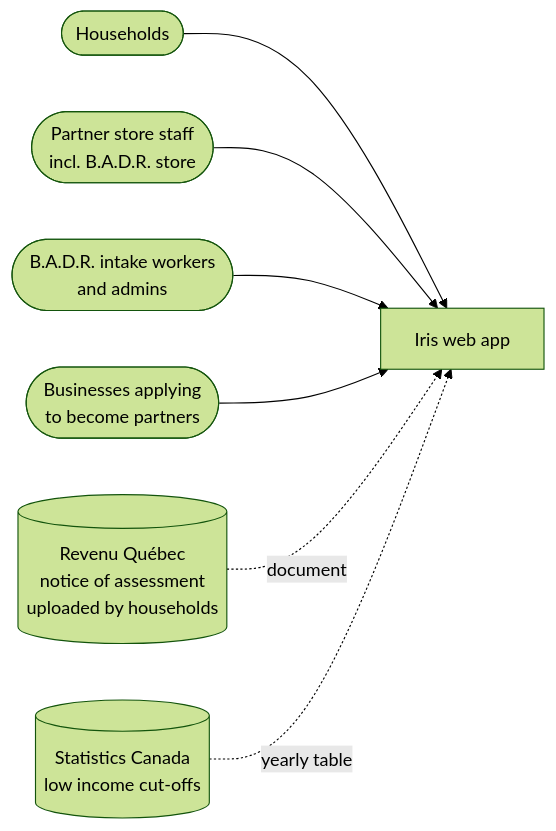
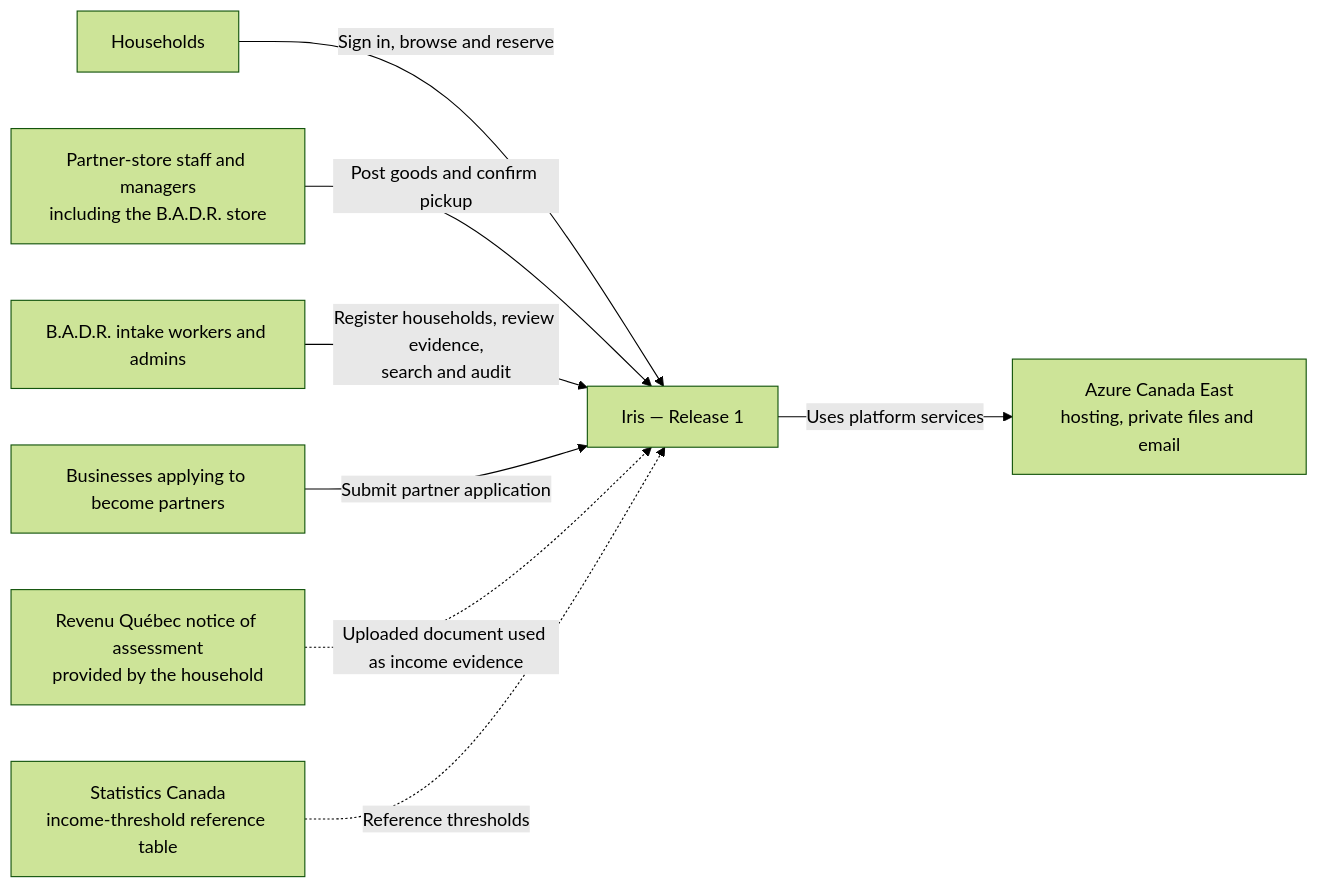
The first of 10 diagrams in docs/04-architecture/architecture.md (B-A-D-R-SL/iris), drawn with Mermaid (forest theme) before and after one commit. The commit also changed other lines of this file and 3 other files, not shown here.

Commit message:
Drafted the architecture document for release 1

````diff
--- a/docs/04-architecture/architecture.md
+++ b/docs/04-architecture/architecture.md
@@ -7,16 +142,19 @@
 ```mermaid
 flowchart LR
-    hh([Households])
-    st([Partner store staff<br/>incl. B.A.D.R. store])
-    sf([B.A.D.R. intake workers<br/>and admins])
-    biz([Businesses applying<br/>to become partners])
-    iris[Iris web app]
-    rq[(Revenu Québec<br/>notice of assessment<br/>uploaded by households)]
-    sc[(Statistics Canada<br/>low income cut-offs)]
-    hh --> iris
-    st --> iris
-    sf --> iris
-    biz --> iris
-    rq -. document .-> iris
-    sc -. yearly table .-> iris
+    HH["Households"]
+    ST["Partner-store staff and managers<br/>including the B.A.D.R. store"]
+    IW["B.A.D.R. intake workers and admins"]
+    B["Businesses applying to become partners"]
+    I["Iris — Release 1"]
+    RQ["Revenu Québec notice of assessment<br/>provided by the household"]
+    SC["Statistics Canada<br/>income-threshold reference table"]
+    AZ["Azure Canada East<br/>hosting, private files and email"]
+
+    HH -->|"Sign in, browse and reserve"| I
+    ST -->|"Post goods and confirm pickup"| I
+    IW -->|"Register households, review evidence,<br/>search and audit"| I
+    B -->|"Submit partner application"| I
+    RQ -. "Uploaded document used as income evidence" .-> I
+    SC -. "Reference thresholds" .-> I
+    I -->|"Uses platform services"| AZ
 ```
````
